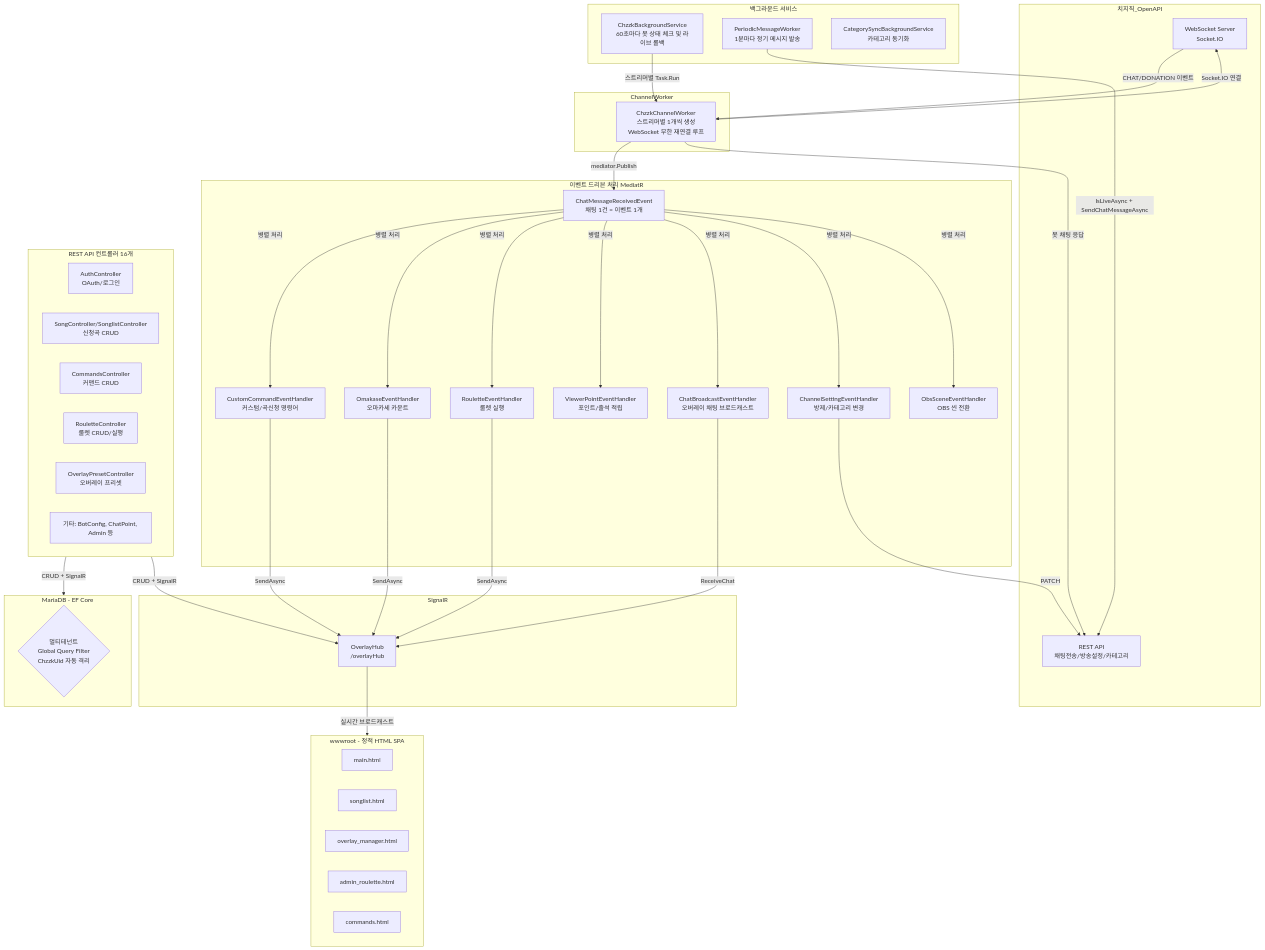
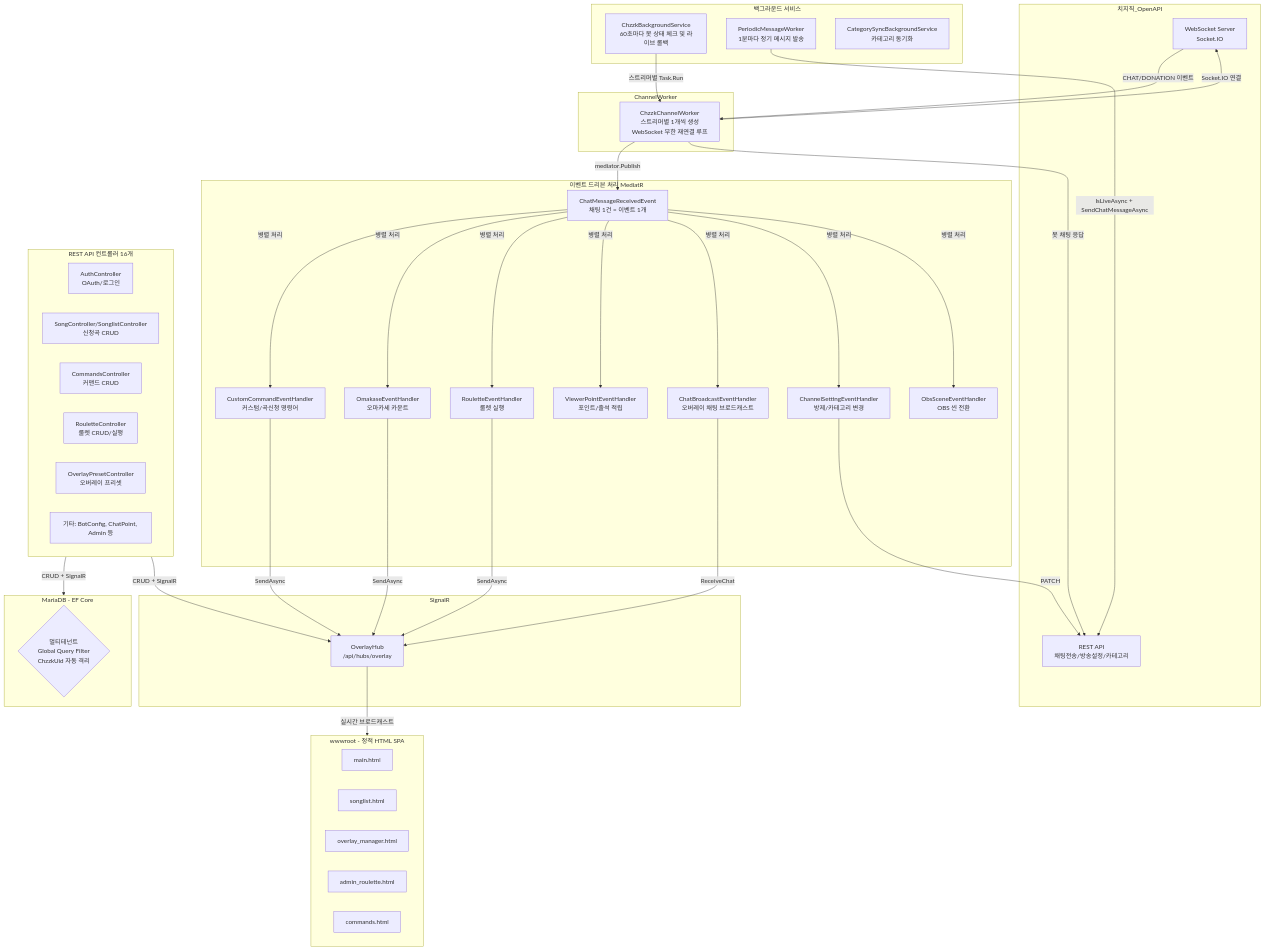
The first of 2 diagrams in mooldang-dev/md/Research2.md (mooldang257/MooldangBot), drawn with Mermaid before and after one commit. The commit also changed other lines of this file and 106 other files, not shown here.

````diff
--- a/mooldang-dev/md/Research2.md
+++ b/mooldang-dev/md/Research2.md
@@ -171,67 +171,67 @@
 ```mermaid
 flowchart TD
     subgraph 치지직_OpenAPI
         CHZZK_WS[WebSocket Server\nSocket.IO]
         CHZZK_REST[REST API\n채팅전송/방송설정/카테고리]
     end
 
     subgraph BackgroundServices[백그라운드 서비스]
         CBS[ChzzkBackgroundService\n60초마다 봇 상태 체크 및 라이브 롤백]
         PMW[PeriodicMessageWorker\n1분마다 정기 메시지 발송]
         CSB[CategorySyncBackgroundService\n카테고리 동기화]
     end
 
     subgraph ChannelWorker
         CCW[ChzzkChannelWorker\n스트리머별 1개씩 생성\nWebSocket 무한 재연결 루프]
     end
 
     subgraph EDA[이벤트 드리븐 처리 MediatR]
         EVENT[ChatMessageReceivedEvent\n채팅 1건 = 이벤트 1개]
         H1[CustomCommandEventHandler\n커스텀/곡신청 명령어]
         H2[OmakaseEventHandler\n오마카세 카운트]
         H3[RouletteEventHandler\n룰렛 실행]
         H4[ViewerPointEventHandler\n포인트/출석 적립]
         H5[ChatBroadcastEventHandler\n오버레이 채팅 브로드캐스트]
         H6[ChannelSettingEventHandler\n방제/카테고리 변경]
         H7[ObsSceneEventHandler\nOBS 씬 전환]
     end
 
     subgraph SignalR
-        OH[OverlayHub\n/overlayHub]
+        OH[OverlayHub\n/api/hubs/overlay]
     end
 
     subgraph DB[MariaDB - EF Core]
         MTTEN{멀티테넌트\nGlobal Query Filter\nChzzkUid 자동 격리}
     end
 
     subgraph Controllers[REST API 컨트롤러 16개]
         AUTH[AuthController\nOAuth/로그인]
         SONG[SongController/SonglistController\n신청곡 CRUD]
         CMD[CommandsController\n커맨드 CRUD]
         ROUL[RouletteController\n룰렛 CRUD/실행]
         OVR[OverlayPresetController\n오버레이 프리셋]
         ETC[기타: BotConfig, ChatPoint, Admin 등]
     end
 
     subgraph Frontend[wwwroot - 정적 HTML SPA]
         main.html
         songlist.html
         overlay_manager.html
         admin_roulette.html
         commands.html
     end
 
     CBS -->|스트리머별 Task.Run| CCW
     CCW -->|Socket.IO 연결| CHZZK_WS
     CHZZK_WS -->|CHAT/DONATION 이벤트| CCW
     CCW -->|mediator.Publish| EVENT
     EVENT -->|병렬 처리| H1 & H2 & H3 & H4 & H5 & H6 & H7
     H1 & H2 & H3 -->|SendAsync| OH
     H5 -->|ReceiveChat| OH
     CCW -->|봇 채팅 응답| CHZZK_REST
     H6 -->|PATCH| CHZZK_REST
     PMW -->|IsLiveAsync + SendChatMessageAsync| CHZZK_REST
     Controllers -->|CRUD + SignalR| DB & OH
     OH -->|실시간 브로드캐스트| Frontend
     DB --- MTTEN
 ```
````
